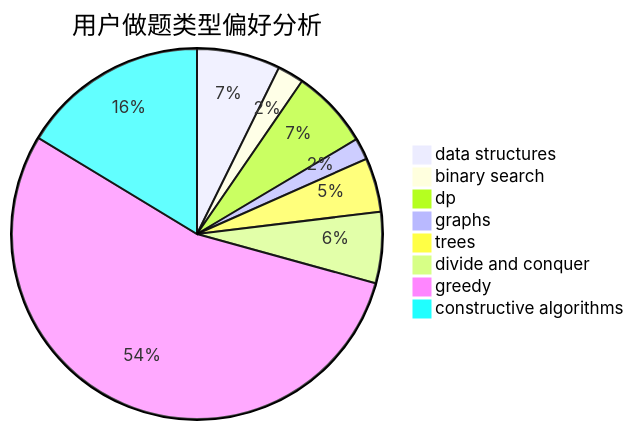
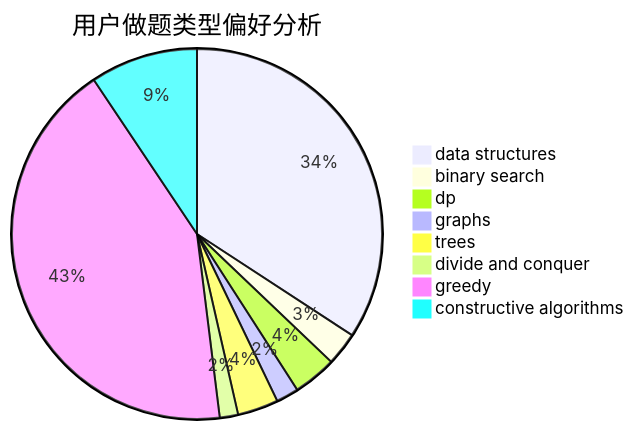
One commit to sherpahu/cfrs.github.io changed the second of 3 diagrams in docs/user/u2754.md. Above: the diagram before and after it, drawn with Mermaid. The commit also changed other lines of this file and 2770 other files, not shown here.

````diff
--- a/docs/user/u2754.md
+++ b/docs/user/u2754.md
@@ -23,11 +23,11 @@
 ```mermaid
 pie title 用户做题类型偏好分析
-    "data structures" :  54
-    "binary search" :  17
-    "dp" :  51
-    "graphs" :  14
-    "trees" :  35
-    "divide and conquer" :  46
-    "greedy" :  403
-    "constructive algorithms" :  121
+    "data structures" :  470
+    "binary search" :  40
+    "dp" :  52
+    "graphs" :  27
+    "trees" :  49
+    "divide and conquer" :  22
+    "greedy" :  585
+    "constructive algorithms" :  129
 ```
````
